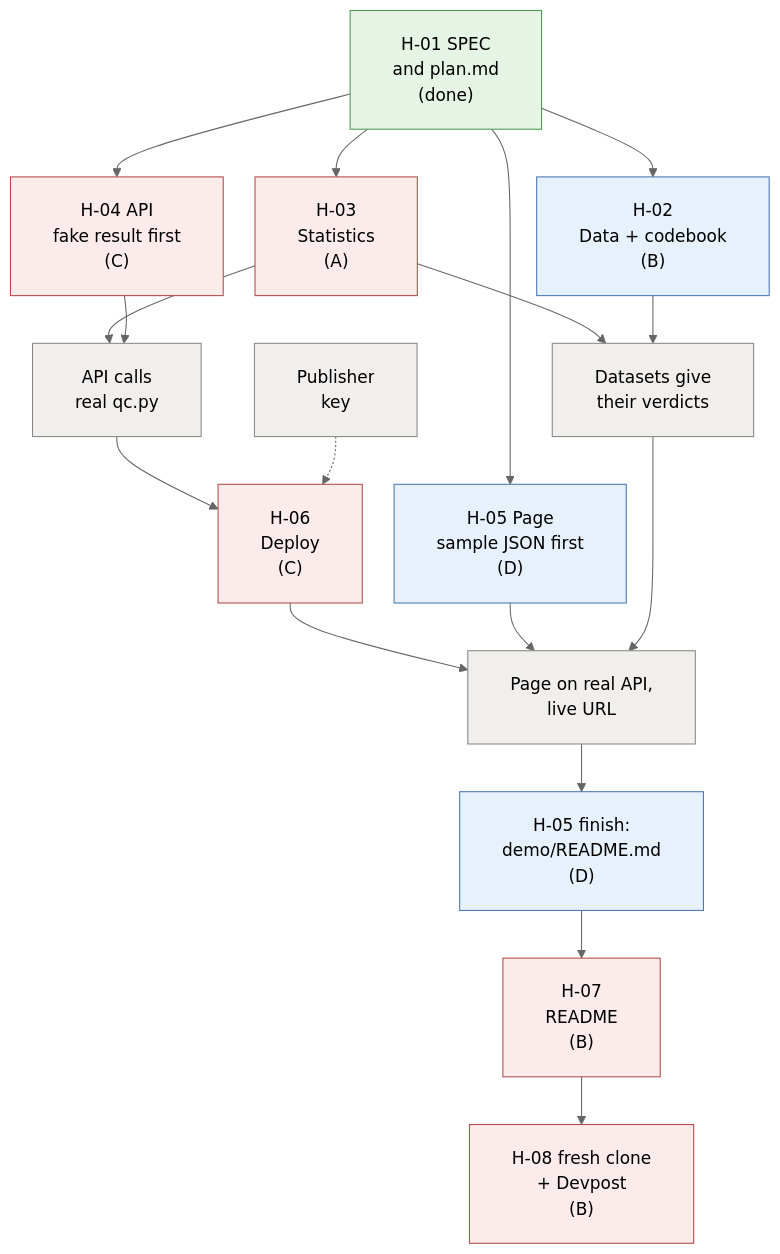
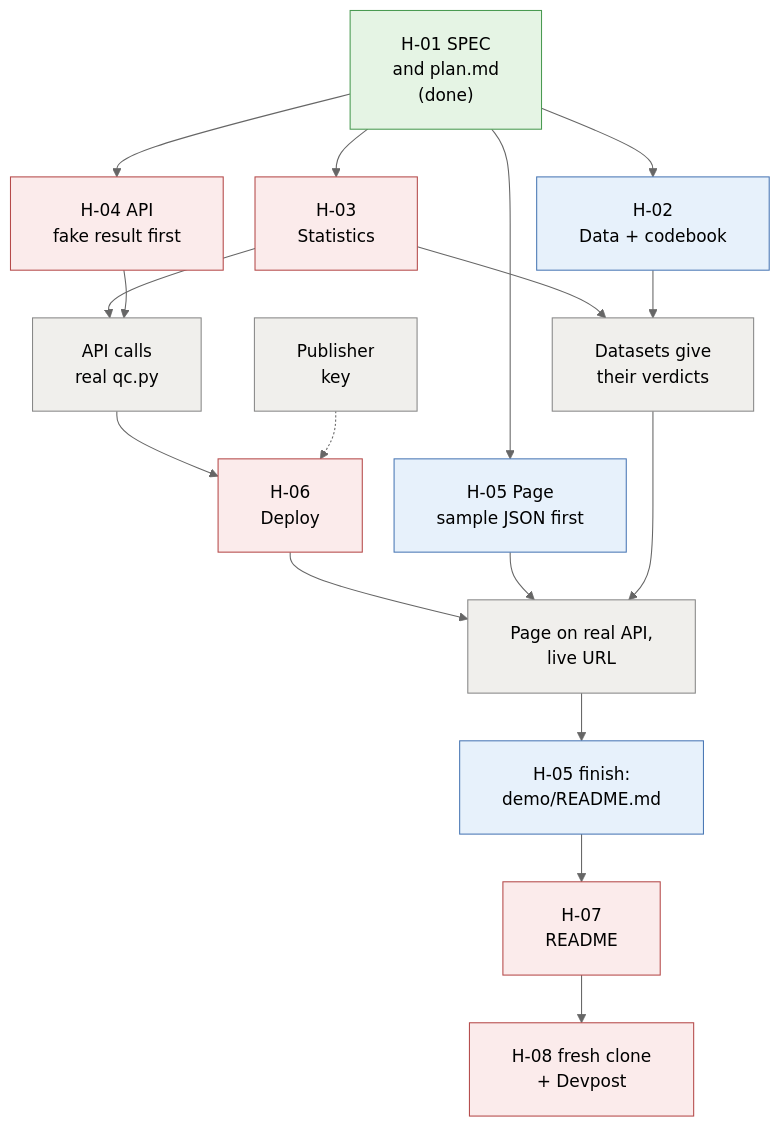
Before and after one commit to zaurbabayev222/team-sigma: the diagram in docs/team-guide.md, drawn with Mermaid (neutral theme). The commit also changed other lines of this file and 1 other file, not shown here.

````diff
--- a/docs/team-guide.md
+++ b/docs/team-guide.md
@@ -20,30 +20,30 @@
 ```mermaid
 %%{init: {"flowchart": {"padding": 20, "nodeSpacing": 30, "rankSpacing": 45}}}%%
 flowchart TD
     S["H-01 SPEC<br>and plan.md<br>(done)"]
-    S --> T3["H-03<br>Statistics<br>(A)"]
-    S --> T2["H-02<br>Data + codebook<br>(B)"]
-    S --> T4["H-04 API<br>fake result first<br>(C)"]
-    S --> T5["H-05 Page<br>sample JSON first<br>(D)"]
+    S --> T3["H-03<br>Statistics"]
+    S --> T2["H-02<br>Data + codebook"]
+    S --> T4["H-04 API<br>fake result first"]
+    S --> T5["H-05 Page<br>sample JSON first"]
     T3 --> J1["API calls<br>real qc.py"]
     T4 --> J1
     T3 --> J2["Datasets give<br>their verdicts"]
     T2 --> J2
-    J1 --> T6["H-06<br>Deploy<br>(C)"]
+    J1 --> T6["H-06<br>Deploy"]
     K["Publisher<br>key"] -.-> T6
     T6 --> J3["Page on real API,<br>live URL"]
     T5 --> J3
     J2 --> J3
-    J3 --> T5b["H-05 finish:<br>demo/README.md<br>(D)"]
-    T5b --> T7["H-07<br>README<br>(B)"]
-    T7 --> T8["H-08 fresh clone<br>+ Devpost<br>(B)"]
+    J3 --> T5b["H-05 finish:<br>demo/README.md"]
+    T5b --> T7["H-07<br>README"]
+    T7 --> T8["H-08 fresh clone<br>+ Devpost"]
 
     classDef done fill:#e5f4e4,stroke:#4a9a52,color:#000
     classDef crit fill:#fbebeb,stroke:#b54a4a,color:#000
     classDef side fill:#e7f1fb,stroke:#4a78b5,color:#000
     classDef join fill:#f0efec,stroke:#888,color:#000
     class S done
     class T3,T4,T6,T7,T8 crit
     class T2,T5,T5b side
     class J1,J2,J3,K join
 ```
````
